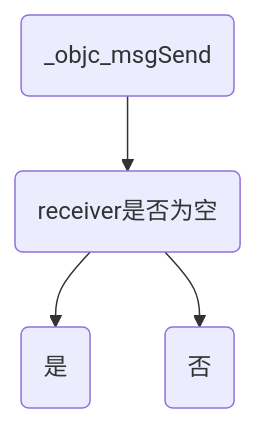
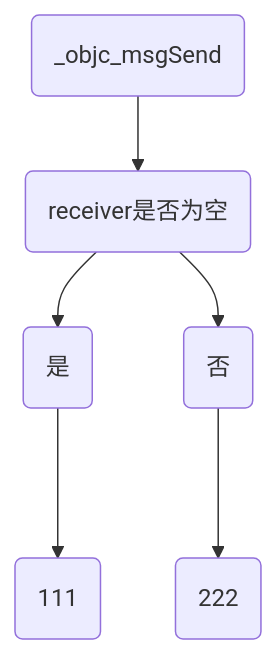
One commit to i-stack/STSourceCodeProject changed the diagram in Blogs/iOS/04-消息转发流程.md. Above: the diagram before and after it, drawn with Mermaid.

````diff
--- a/Blogs/iOS/04-消息转发流程.md
+++ b/Blogs/iOS/04-消息转发流程.md
@@ -88,7 +88,7 @@
 ```mermaid
 graph TD
 A(_objc_msgSend)-->B1(receiver是否为空)
-B1(receiver是否为空)-->C1(是)
-B1(receiver是否为空)-->C2(否)
+B1-->C1(是)--->D1(111)
+B1(receiver是否为空)-->C2(否)--->D2(222)
 
 ```
````
